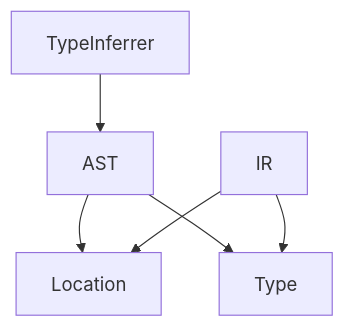
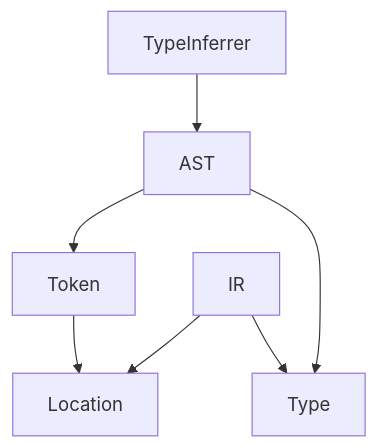
Before and after one commit to 0918nobita/waxt: the diagram in README.md, drawn with Mermaid.

Commit message:
:memo: [skip ci] プロジェクトの依存関係の図を更新した

````diff
--- a/README.md
+++ b/README.md
@@ -68,8 +68,9 @@
 ```mermaid
 graph TB
-  AST-->Location
+  Token-->Location
+  AST-->Token
   AST-->Type
   IR-->Location
   IR-->Type
   TypeInferrer-->AST
 ```
````
